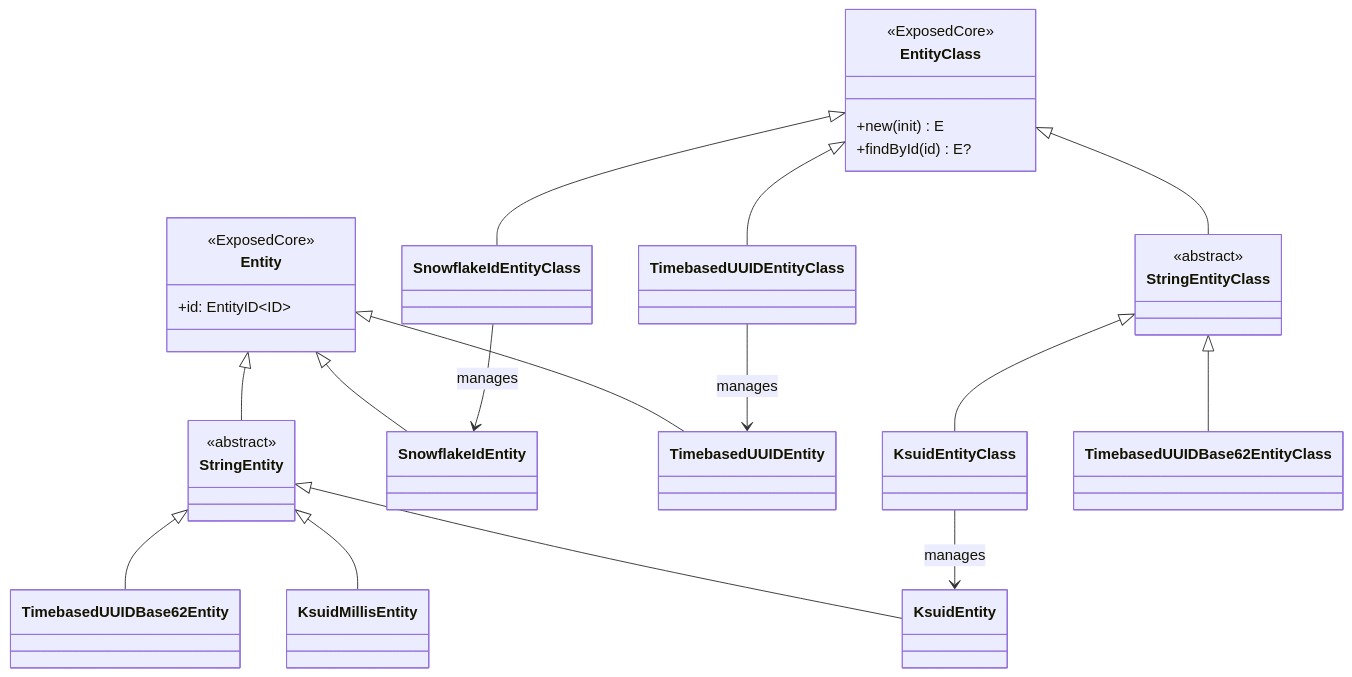
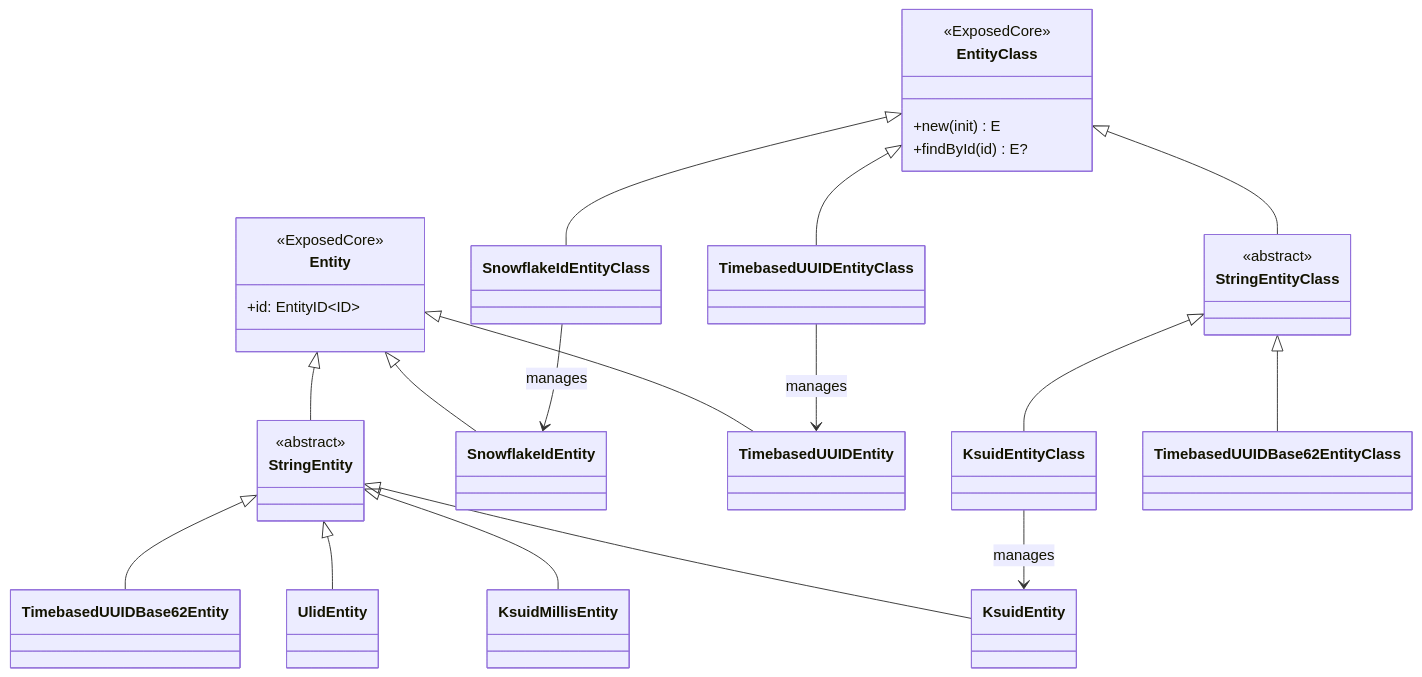
Before and after one commit to bluetape4k/bluetape4k-projects: the second of 3 diagrams in data/exposed-dao/README.md, drawn with Mermaid. The commit also changed other lines of this file and 6 other files, not shown here.

````diff
--- a/data/exposed-dao/README.md
+++ b/data/exposed-dao/README.md
@@ -245,44 +270,46 @@
 ```mermaid
 classDiagram
     class Entity {
 <<ExposedCore>>
 +id: EntityID~ID~
 }
 class StringEntity {
 <<abstract>>
 }
 class KsuidEntity
 class KsuidMillisEntity
+class UlidEntity
 class SnowflakeIdEntity
 class TimebasedUUIDEntity
 class TimebasedUUIDBase62Entity
 
 class EntityClass {
 <<ExposedCore>>
 +new(init) E
 +findById(id) E?
 }
 class StringEntityClass {
 <<abstract>>
 }
 class KsuidEntityClass
 class SnowflakeIdEntityClass
 class TimebasedUUIDEntityClass
 
 Entity <|-- StringEntity
 StringEntity <|-- KsuidEntity
 StringEntity <|-- KsuidMillisEntity
+StringEntity <|-- UlidEntity
 StringEntity <|-- TimebasedUUIDBase62Entity
 Entity <|-- SnowflakeIdEntity
 Entity <|-- TimebasedUUIDEntity
 
 EntityClass <|-- StringEntityClass
 StringEntityClass <|-- KsuidEntityClass
 StringEntityClass <|-- TimebasedUUIDBase62EntityClass
 EntityClass <|-- SnowflakeIdEntityClass
 EntityClass <|-- TimebasedUUIDEntityClass
 
 KsuidEntityClass --> KsuidEntity: manages
 SnowflakeIdEntityClass --> SnowflakeIdEntity: manages
 TimebasedUUIDEntityClass --> TimebasedUUIDEntity: manages
 ```
````
